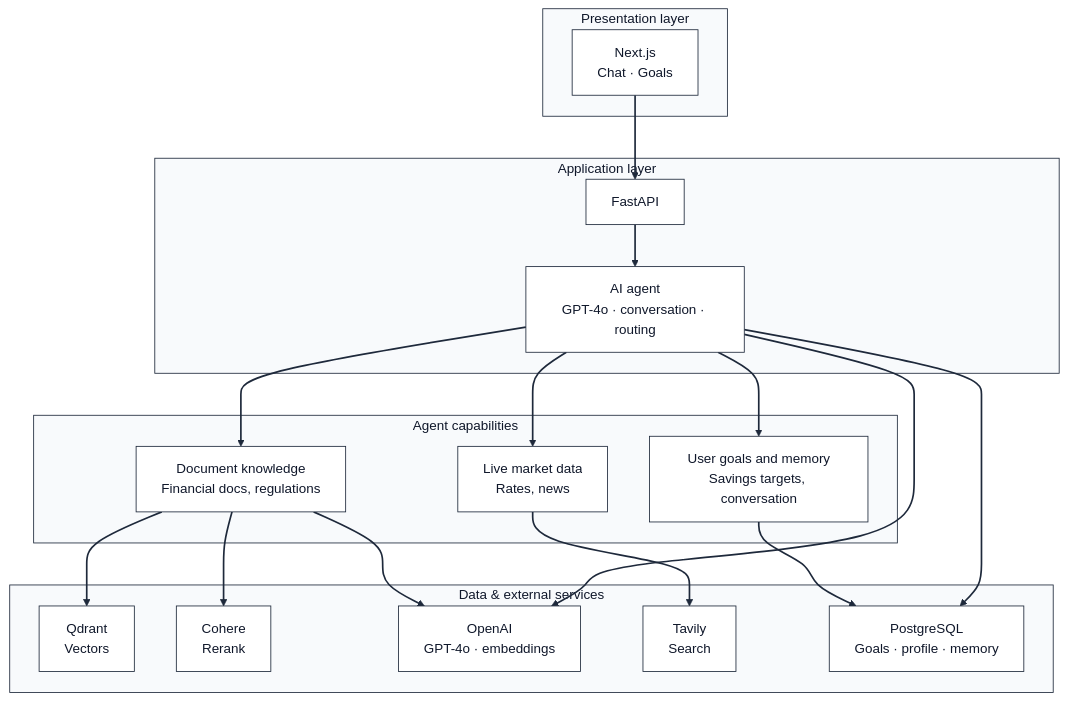
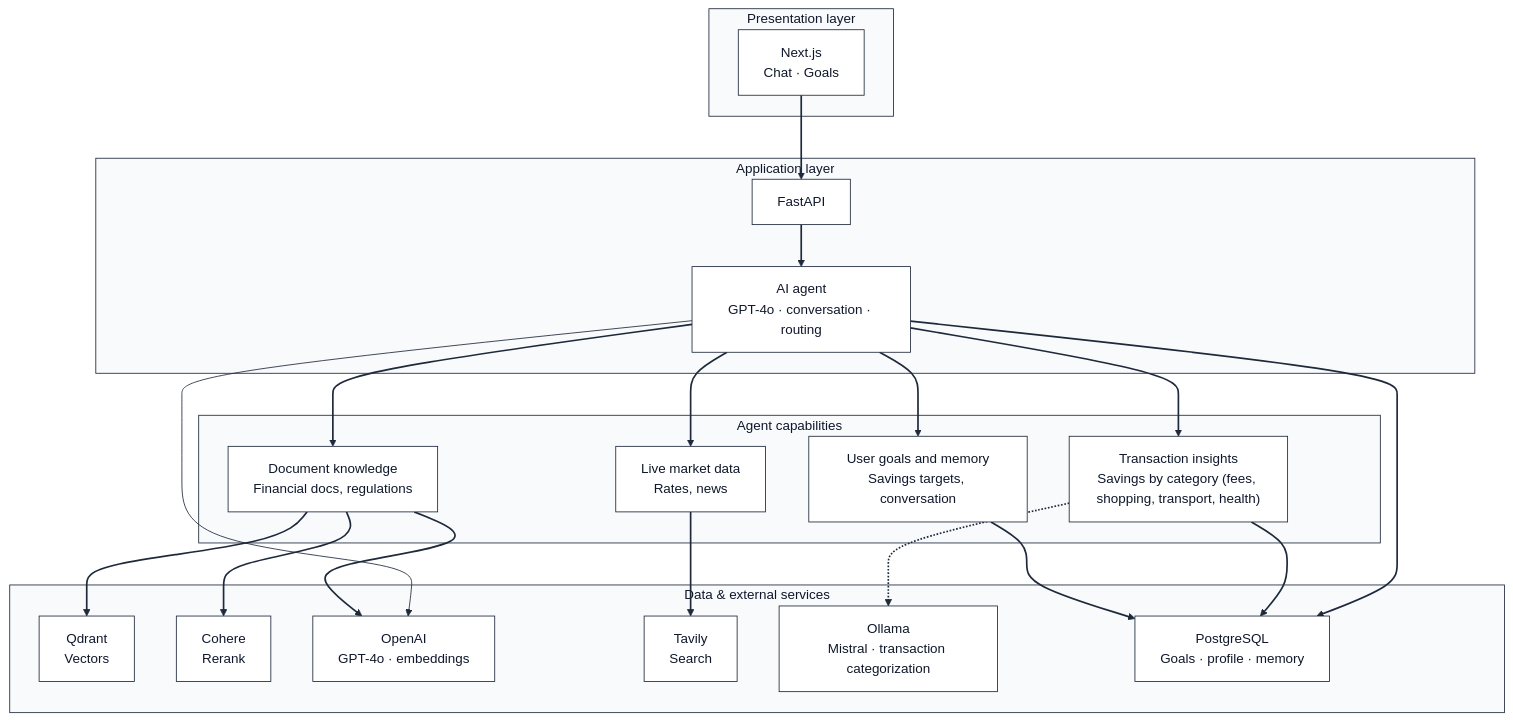
One commit to adrian-barcan/AIE9-Certification-Challenge changed the diagram in CERTIFICATION_DELIVERABLES.md. Above: the diagram before and after it, drawn with Mermaid. The commit also changed other lines of this file and 3 other files, not shown here.

Commit message:
feat: Update transaction management feature with detailed categorization, enhance documentation, and add new icon for transactions in the sidebar.

````diff
--- a/CERTIFICATION_DELIVERABLES.md
+++ b/CERTIFICATION_DELIVERABLES.md
@@ -43,50 +43,55 @@
 ```mermaid
 %%{init: {'theme':'base', 'themeVariables': {
   'primaryColor':'#fff', 'primaryTextColor':'#0f172a', 'primaryBorderColor':'#1e293b',
   'secondaryColor':'#f8fafc', 'secondaryTextColor':'#0f172a', 'secondaryBorderColor':'#1e293b',
   'tertiaryColor':'#f1f5f9', 'tertiaryTextColor':'#0f172a', 'tertiaryBorderColor':'#1e293b',
   'lineColor':'#1e293b', 'secondaryLineColor':'#1e293b',
   'background':'#ffffff', 'mainBkg':'#ffffff', 'secondBkg':'#f8fafc', 'tertiaryBkg':'#f1f5f9',
   'clusterBkg':'#f8fafc', 'clusterBorder':'#1e293b', 'titleColor':'#0f172a',
   'edgeLabelBackground':'#ffffff', 'nodeBorder':'#1e293b', 'nodeTextColor':'#0f172a',
   'fontSize':'16px'
 }}}%%
 flowchart TB
     subgraph Presentation ["Presentation layer"]
         WebApp["Next.js<br/>Chat · Goals"]
     end
 
     subgraph Application ["Application layer"]
         Backend["FastAPI"]
         Agent["AI agent<br/>GPT-4o · conversation · routing"]
         Backend --> Agent
     end
 
     subgraph Capabilities ["Agent capabilities"]
         Docs["Document knowledge<br/>Financial docs, regulations"]
         Market["Live market data<br/>Rates, news"]
         Goals["User goals and memory<br/>Savings targets, conversation"]
+        Transactions["Transaction insights<br/>Savings by category (fees, shopping, transport, health)"]
     end
 
     subgraph Data ["Data & external services"]
         Qdrant["Qdrant<br/>Vectors"]
         Cohere["Cohere<br/>Rerank"]
         OpenAI["OpenAI<br/>GPT-4o · embeddings"]
         Tavily["Tavily<br/>Search"]
+        Ollama["Ollama<br/>Mistral · transaction categorization"]
         Postgres["PostgreSQL<br/>Goals · profile · memory"]
     end
 
     WebApp --> Backend
     Agent --> Docs
     Agent --> Market
     Agent --> Goals
+    Agent --> Transactions
     Docs --> Qdrant
     Docs --> Cohere
     Docs --> OpenAI
     Market --> Tavily
+    Transactions -.-> Ollama
     Goals --> Postgres
+    Transactions --> Postgres
     Agent --> Postgres
     Agent --> OpenAI
 
-    linkStyle 0,1,2,3,4,5,6,7,8,9,10,11 stroke:#1e293b,stroke-width:2px
+    linkStyle 0,1,2,3,4,5,6,7,8,9,10,11,12,13 stroke:#1e293b,stroke-width:2px
 ```
````
